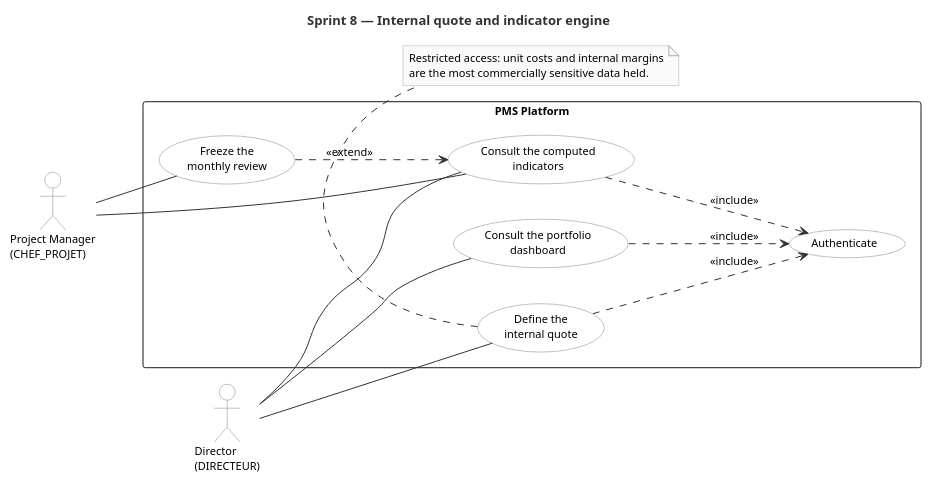
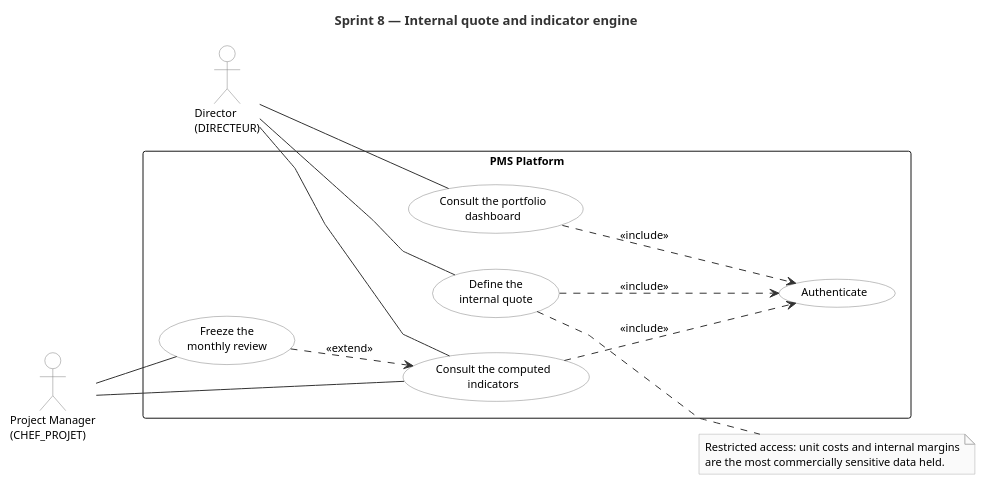
One commit to mazenrakrouki/tekup-pms-platform changed the diagram in docs/uml/sprint/uc_sprint8.puml. Above: the diagram before and after it, drawn with PlantUML. The commit also changed 28 other files, not shown here.

First line of the commit message:
report: straight association lines in every use case diagram

```diff
--- a/docs/uml/sprint/uc_sprint8.puml
+++ b/docs/uml/sprint/uc_sprint8.puml
@@ -1,46 +1,48 @@
 @startuml uc_sprint8
 title Sprint 8 — Internal quote and indicator engine
 
 left to right direction
+
+skinparam linetype polyline
 
 skinparam shadowing false
 skinparam packageStyle rectangle
 skinparam defaultFontName Helvetica
 skinparam defaultFontSize 11
 skinparam actorBorderColor #808080
 skinparam actorBackgroundColor #FFFFFF
 skinparam usecaseBorderColor #808080
 skinparam usecaseBackgroundColor #FFFFFF
 skinparam ArrowColor #333333
 skinparam noteBorderColor #AAAAAA
 skinparam noteBackgroundColor #FAFAFA
 skinparam TitleFontSize 13
 skinparam TitleFontColor #333333
 
 actor "Director\n(DIRECTEUR)"          as Dir
 actor "Project Manager\n(CHEF_PROJET)" as PM
 
 rectangle "PMS Platform" {
   usecase "Define the\ninternal quote" as UC1
   usecase "Consult the computed\nindicators" as UC2
   usecase "Freeze the\nmonthly review" as UC3
   usecase "Consult the portfolio\ndashboard" as UC4
   usecase "Authenticate" as UC0
 }
 
 Dir -- UC1
 Dir -- UC2
 Dir -- UC4
 PM -- UC2
 PM -- UC3
 UC3 ..> UC2 : <<extend>>
 UC1 ..> UC0 : <<include>>
 UC2 ..> UC0 : <<include>>
 UC4 ..> UC0 : <<include>>
 
-note bottom of UC1
+note right of UC1
   Restricted access: unit costs and internal margins
   are the most commercially sensitive data held.
 end note
 
 @enduml
```
